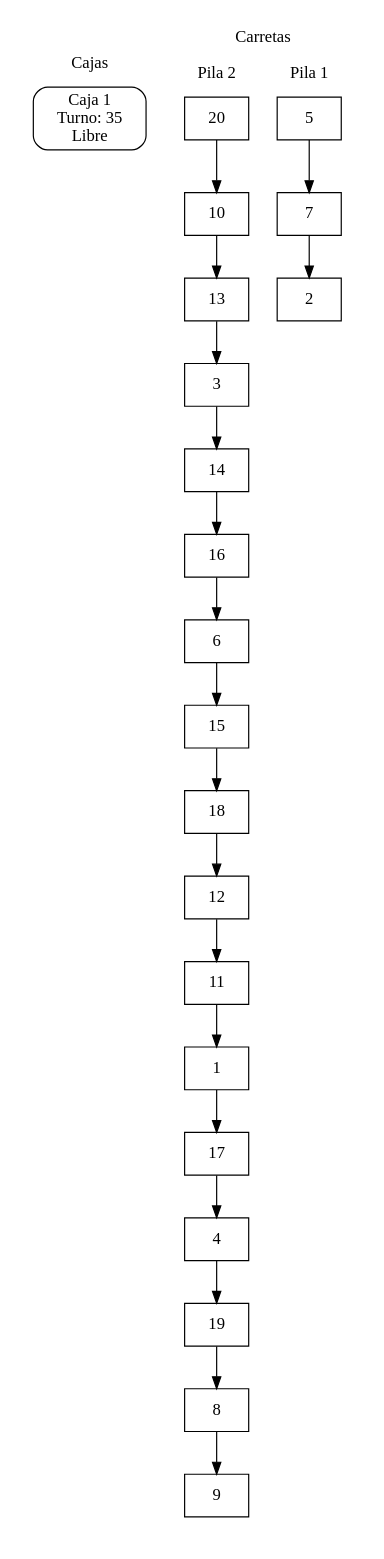
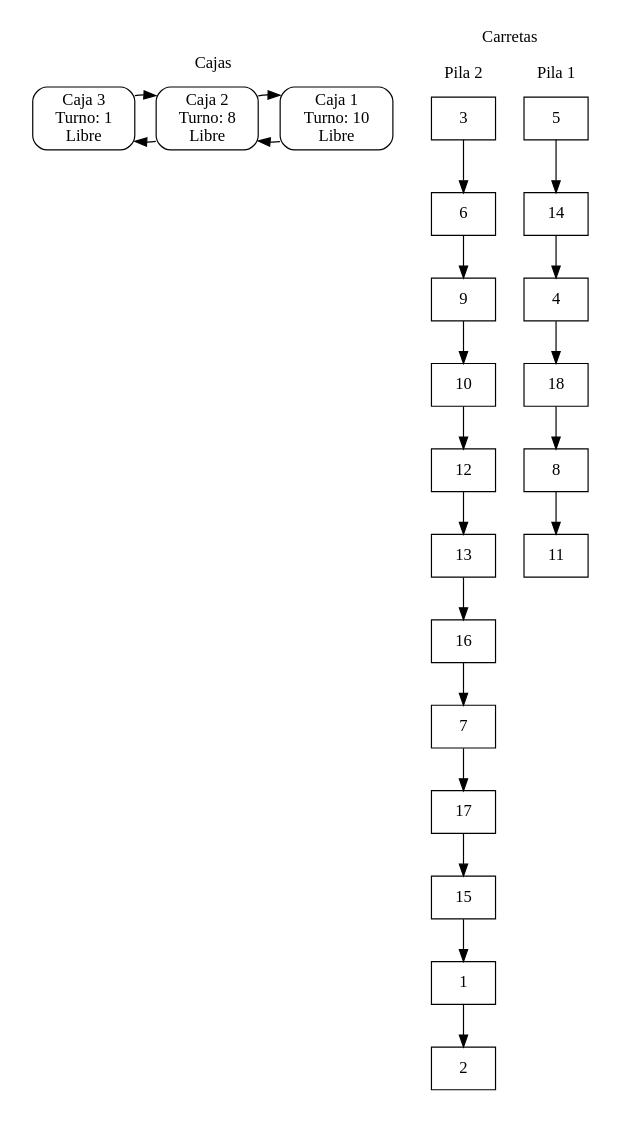
Before and after one commit to Chejohrpp/Practica1EstructuraDatos: the diagram in dibujable.dot, drawn with Graphviz. The commit also changed 2 other files, not shown here.

```diff
--- a/dibujable.dot
+++ b/dibujable.dot
@@ -1,3 +1,7 @@
-digraph G{subgraph cluster_cajas {label = "Cajas";	style=filled;style=filled;color=white;node [style=rounded,color=black,shape=box];f1[label="Caja 1 
- Turno: 35 
- Libre "];}subgraph cluster_pagar{label = "Cola de espera a pagar";style=filled;style=filled;color=white;node [shape=box,color=black,style=rounded];}subgraph cluster_compras{label = " compras ";style=filled;style=filled;color=white;node [style=rounded,color=black,shape=box];}subgraph cluster_carretas{label ="Carretas";style=filled;color=white;subgraph cluster_b{label = " Pila 1 ";style=filled;style=filled;color=white;node [shape=box,color=black];b5->b7;b5[label=" 5 "];b7->b2;b7[label=" 7 "];b2[label=" 2 "];}subgraph cluster_c{label = " Pila 2 ";style=filled;style=filled;color=white;node [shape=box,color=black];c20->c10;c20[label=" 20 "];c10->c13;c10[label=" 10 "];c13->c3;c13[label=" 13 "];c3->c14;c3[label=" 3 "];c14->c16;c14[label=" 14 "];c16->c6;c16[label=" 16 "];c6->c15;c6[label=" 6 "];c15->c18;c15[label=" 15 "];c18->c12;c18[label=" 18 "];c12->c11;c12[label=" 12 "];c11->c1;c11[label=" 11 "];c1->c17;c1[label=" 1 "];c17->c4;c17[label=" 17 "];c4->c19;c4[label=" 4 "];c19->c8;c19[label=" 19 "];c8->c9;c8[label=" 8 "];c9[label=" 9 "];}}subgraph cluster_a{label = " Cola de espera ";style=filled;style=filled;color=white;node [shape=box,color=black];} }
+digraph G{subgraph cluster_cajas {label = "Cajas";	style=filled;style=filled;color=white;node [style=rounded,color=black,shape=box];f1->f2[constraint=false];f1[label="Caja 1 
+ Turno: 10 
+ Libre "];f2->f3[constraint=false];f2->f1[constraint=false];f2[label="Caja 2 
+ Turno: 8 
+ Libre "];f3->f2[constraint=false];f3[label="Caja 3 
+ Turno: 1 
+ Libre "];}subgraph cluster_pagar{label = "Cola de espera a pagar";style=filled;style=filled;color=white;node [shape=box,color=black,style=rounded];}subgraph cluster_compras{label = " compras ";style=filled;style=filled;color=white;node [style=rounded,color=black,shape=box];}subgraph cluster_carretas{label ="Carretas";style=filled;color=white;subgraph cluster_b{label = " Pila 1 ";style=filled;style=filled;color=white;node [shape=box,color=black];b5->b14;b5[label=" 5 "];b14->b4;b14[label=" 14 "];b4->b18;b4[label=" 4 "];b18->b8;b18[label=" 18 "];b8->b11;b8[label=" 8 "];b11[label=" 11 "];}subgraph cluster_c{label = " Pila 2 ";style=filled;style=filled;color=white;node [shape=box,color=black];c3->c6;c3[label=" 3 "];c6->c9;c6[label=" 6 "];c9->c10;c9[label=" 9 "];c10->c12;c10[label=" 10 "];c12->c13;c12[label=" 12 "];c13->c16;c13[label=" 13 "];c16->c7;c16[label=" 16 "];c7->c17;c7[label=" 7 "];c17->c15;c17[label=" 17 "];c15->c1;c15[label=" 15 "];c1->c2;c1[label=" 1 "];c2[label=" 2 "];}}subgraph cluster_a{label = " Cola de espera ";style=filled;style=filled;color=white;node [shape=box,color=black];} }
```
